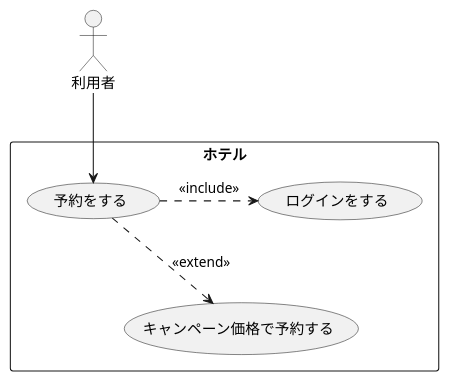
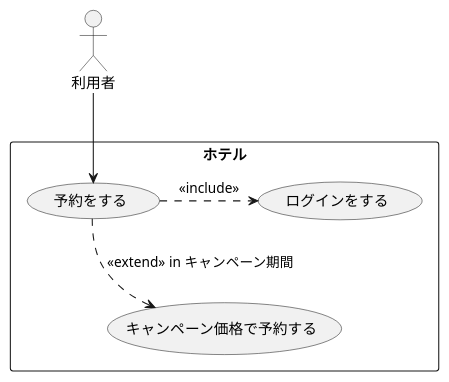
The diagram in 演習２/演習2-4_キャンペーン中のホテル宿泊予約.pu (hatafukuryouya/UML_introduction), drawn with PlantUML before and after one commit.

Commit message:
あ

```diff
--- a/演習２/演習2-4_キャンペーン中のホテル宿泊予約.pu
+++ b/演習２/演習2-4_キャンペーン中のホテル宿泊予約.pu
@@ -1,18 +1,18 @@
 @startuml 例題2-4
 
 actor 利用者
 
 rectangle ホテル {
   usecase 予約をする as UC1
   usecase ログインをする as UC2
-  usecase キャンペーン価格で予約する as UC3
+  usecase "キャンペーン価格で予約する" as UC3
 }
 
 UC1 .> UC2 : <<include>>
-UC1 .> UC3 : <<extend>>
+UC1 .> UC3 : <<extend>> in キャンペーン期間
 
 利用者 --> UC1
 
 UC2 -[hidden]- UC3
 
 @enduml
```
